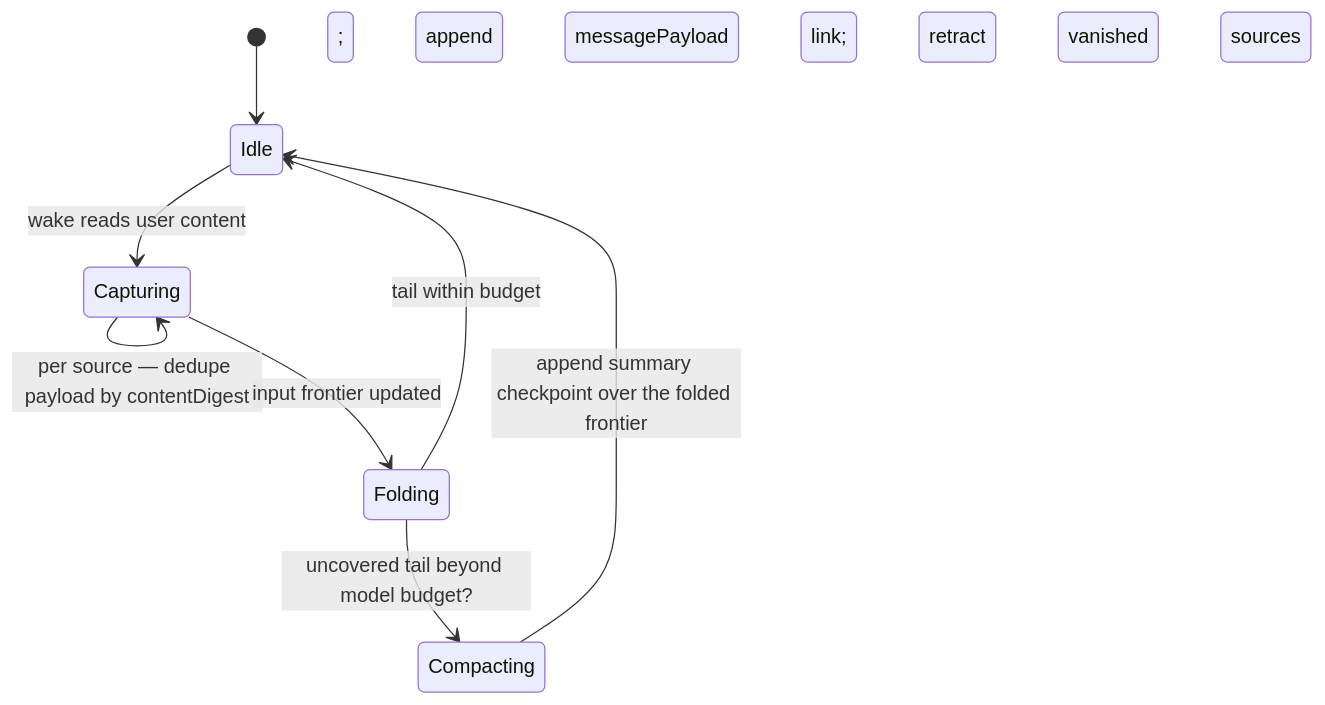
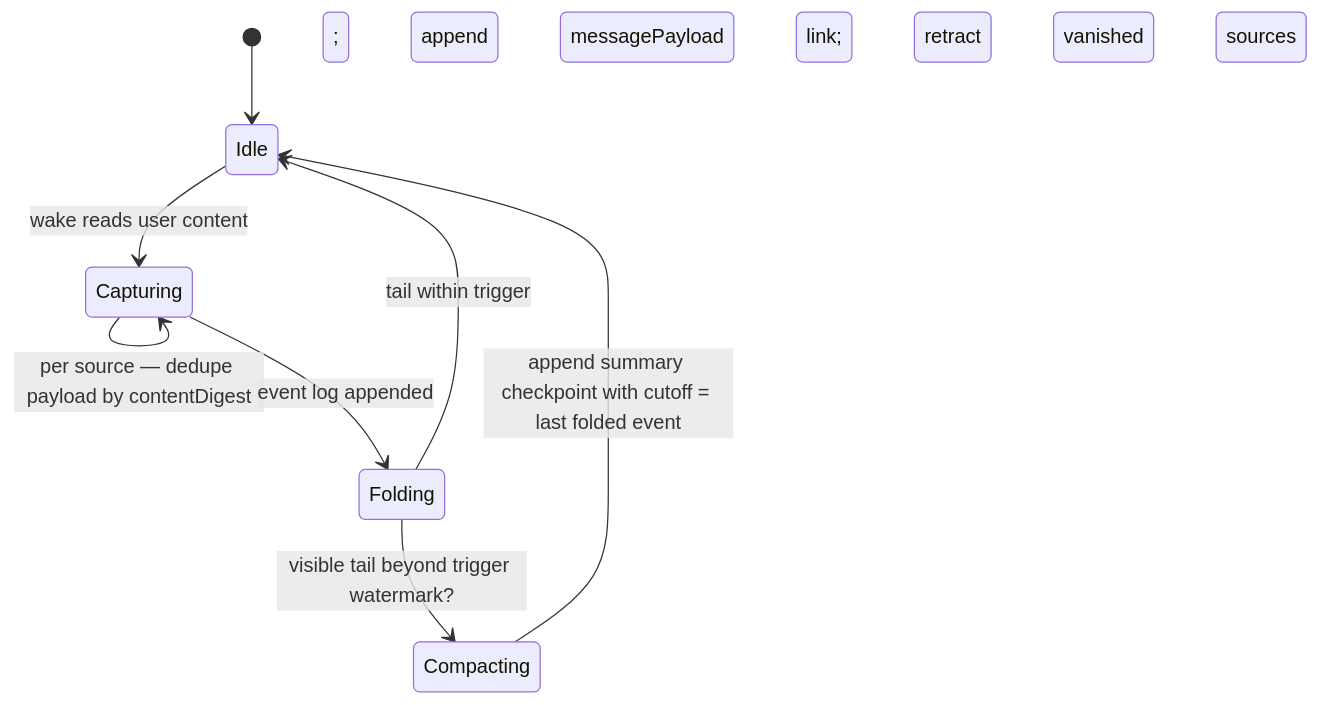
Before and after one commit to matthiasn/lotti: the sixth of 17 diagrams in lib/features/agents/README.md, drawn with Mermaid. The commit also changed other lines of this file and 50 other files, not shown here.

Commit message:
feat: append-only event-log memory for task agents

````diff
--- a/lib/features/agents/README.md
+++ b/lib/features/agents/README.md
@@ -376,10 +431,10 @@
 ```mermaid
 stateDiagram-v2
   [*] --> Idle
   Idle --> Capturing: wake reads user content
   Capturing --> Capturing: per source — dedupe payload by contentDigest; append messagePayload link; retract vanished sources
-  Capturing --> Folding: input frontier updated
-  Folding --> Compacting: uncovered tail beyond model budget?
-  Compacting --> Idle: append summary checkpoint over the folded frontier
-  Folding --> Idle: tail within budget
+  Capturing --> Folding: event log appended
+  Folding --> Compacting: visible tail beyond trigger watermark?
+  Compacting --> Idle: append summary checkpoint with cutoff = last folded event
+  Folding --> Idle: tail within trigger
 ```
````
